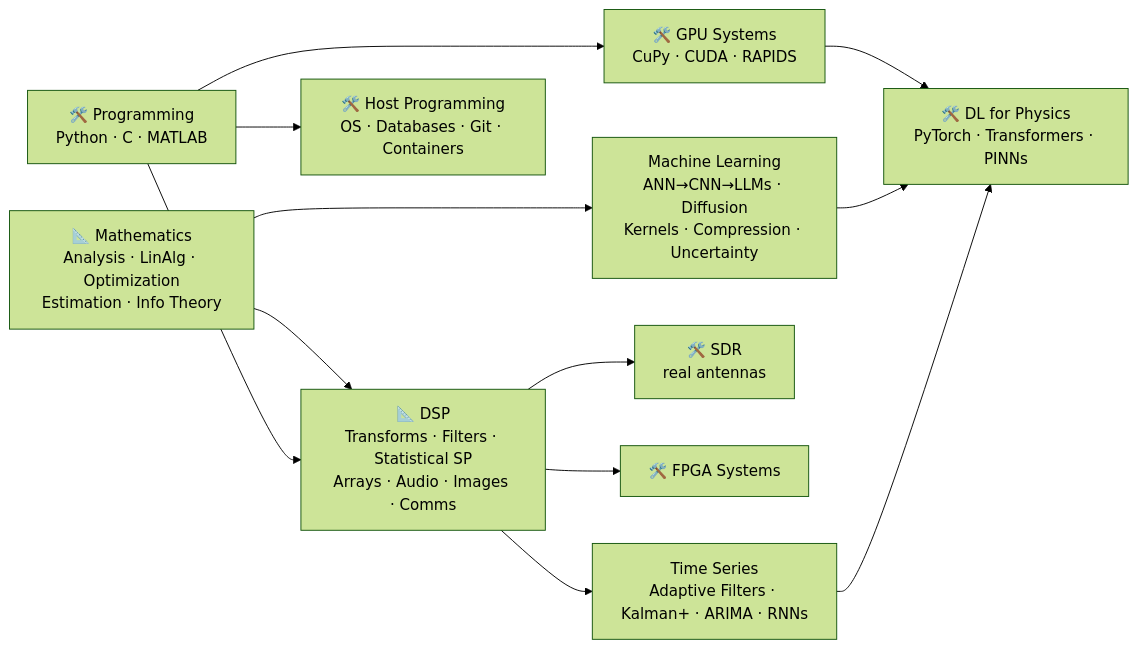
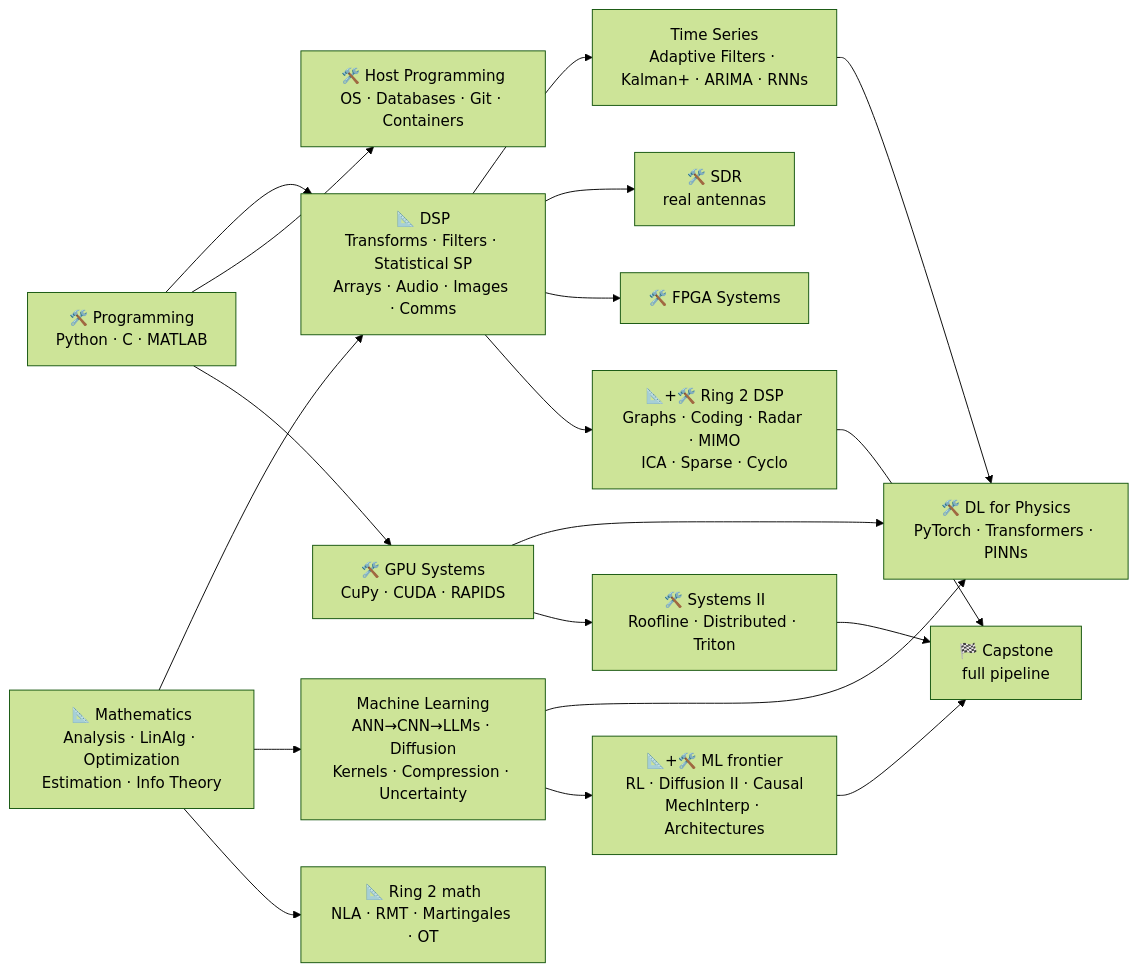
Before and after one commit to Jibby2k1/SPS_Curriculum: the diagram in README.md, drawn with Mermaid (forest theme). The commit also changed other lines of this file and 10 other files, not shown here.

First line of the commit message:
Ring 2 integration: all topic READMEs, root table/map (+32 rows), Quantum & Capstone topics, ROADMAP Ring 2 section

````diff
--- a/README.md
+++ b/README.md
@@ -13,14 +13,21 @@
 ```mermaid
 flowchart LR
     Math[📐 Mathematics<br>Analysis · LinAlg · Optimization<br>Estimation · Info Theory] --> DSP[📐 DSP<br>Transforms · Filters · Statistical SP<br>Arrays · Audio · Images · Comms]
     Prog[🛠️ Programming<br>Python · C · MATLAB] --> DSP
     Prog --> Host[🛠️ Host Programming<br>OS · Databases · Git · Containers]
     Prog --> GPU[🛠️ GPU Systems<br>CuPy · CUDA · RAPIDS]
     DSP --> TS[Time Series<br>Adaptive Filters · Kalman+ · ARIMA · RNNs]
     DSP --> SDR[🛠️ SDR<br>real antennas]
     DSP --> FPGA[🛠️ FPGA Systems]
     Math --> ML[Machine Learning<br>ANN→CNN→LLMs · Diffusion<br>Kernels · Compression · Uncertainty]
     GPU --> DL[🛠️ DL for Physics<br>PyTorch · Transformers · PINNs]
     ML --> DL
     TS --> DL
+    Math --> RMT[📐 Ring 2 math<br>NLA · RMT · Martingales · OT]
+    ML --> Frontier[📐+🛠️ ML frontier<br>RL · Diffusion II · Causal<br>MechInterp · Architectures]
+    DSP --> R2DSP[📐+🛠️ Ring 2 DSP<br>Graphs · Coding · Radar · MIMO<br>ICA · Sparse · Cyclo]
+    GPU --> Sys2[🛠️ Systems II<br>Roofline · Distributed · Triton]
+    R2DSP --> Cap[🏁 Capstone<br>full pipeline]
+    Frontier --> Cap
+    Sys2 --> Cap
 ```
````
